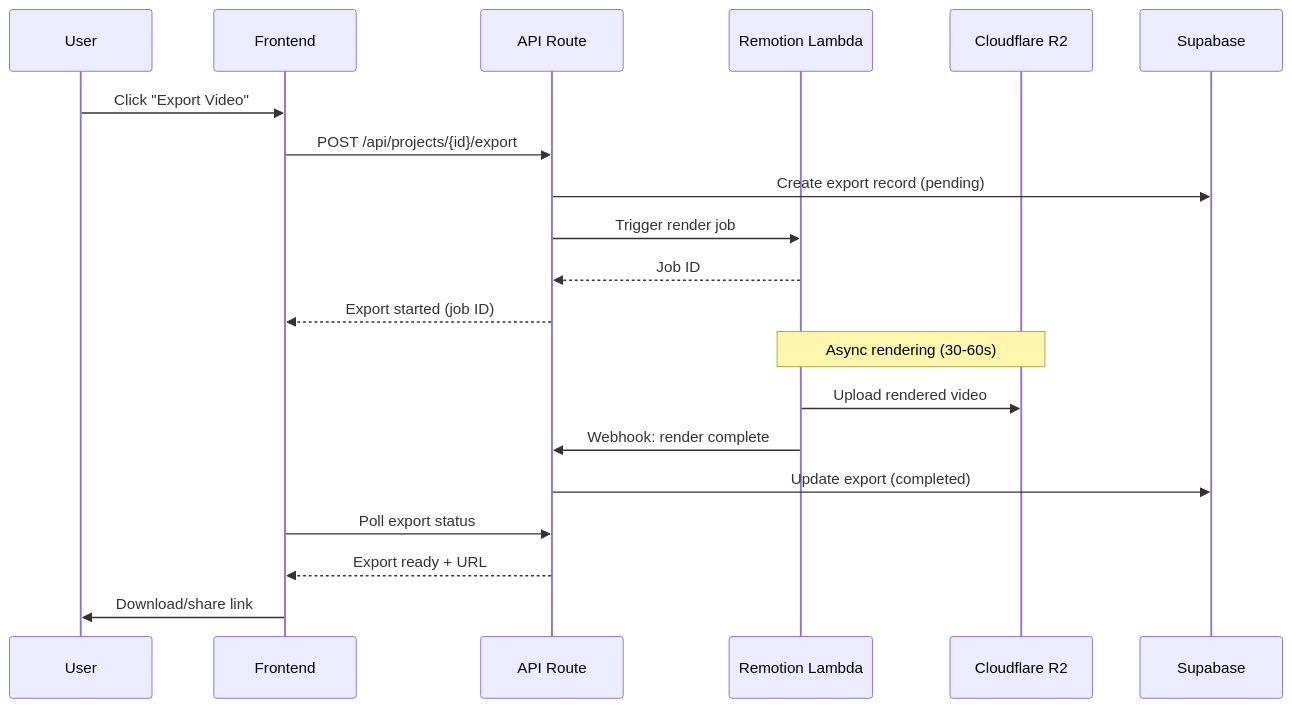
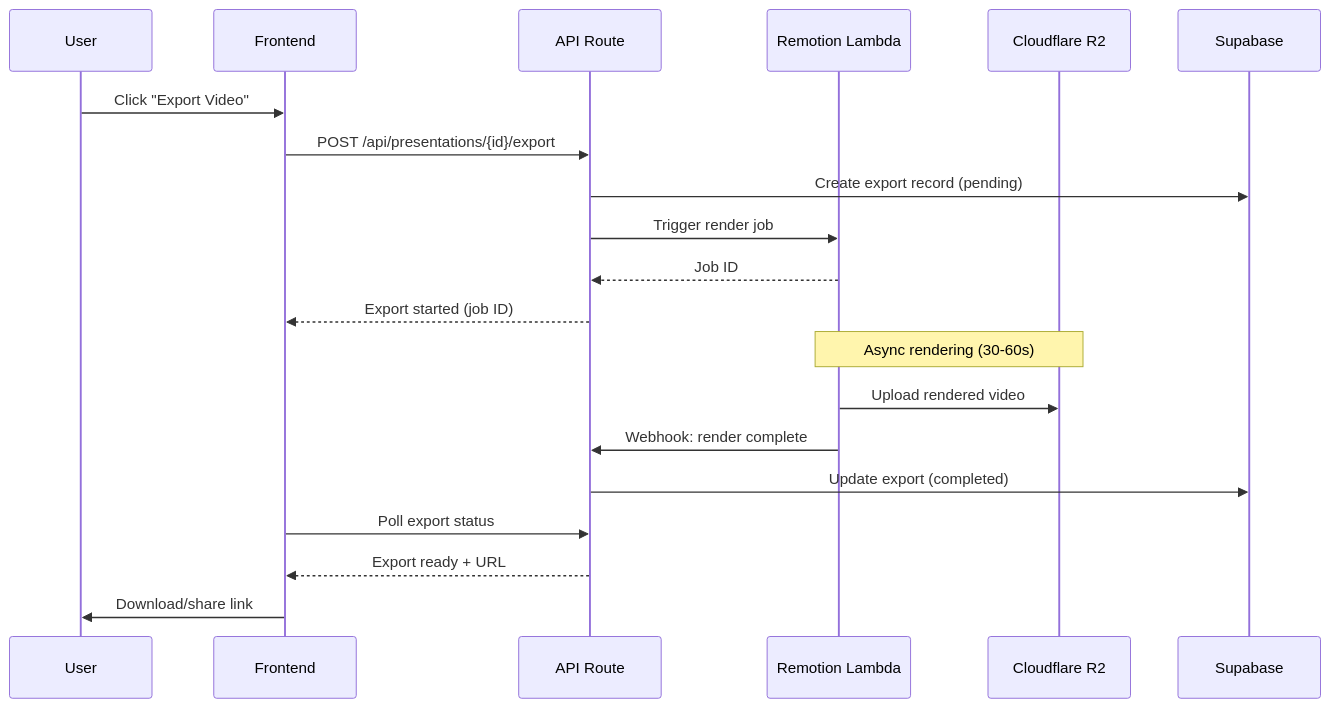
One commit to EvgenyEMK/visual-story changed the seventh of 8 diagrams in docs/technical-architecture/overview.md. Above: the diagram before and after it, drawn with Mermaid. The commit also changed other lines of this file and 148 other files, not shown here.

First line of the commit message:
feat: rename projects to presentations, unified bottom panel, smart list editor

````diff
--- a/docs/technical-architecture/overview.md
+++ b/docs/technical-architecture/overview.md
@@ -401,26 +401,26 @@
 ```mermaid
 sequenceDiagram
     participant U as User
     participant FE as Frontend
     participant API as API Route
     participant Lambda as Remotion Lambda
     participant R2 as Cloudflare R2
     participant DB as Supabase
     
     U->>FE: Click "Export Video"
-    FE->>API: POST /api/projects/{id}/export
+    FE->>API: POST /api/presentations/{id}/export
     API->>DB: Create export record (pending)
     API->>Lambda: Trigger render job
     Lambda-->>API: Job ID
     API-->>FE: Export started (job ID)
     
     Note over Lambda,R2: Async rendering (30-60s)
     
     Lambda->>R2: Upload rendered video
     Lambda->>API: Webhook: render complete
     API->>DB: Update export (completed)
     
     FE->>API: Poll export status
     API-->>FE: Export ready + URL
     FE->>U: Download/share link
 ```
````
